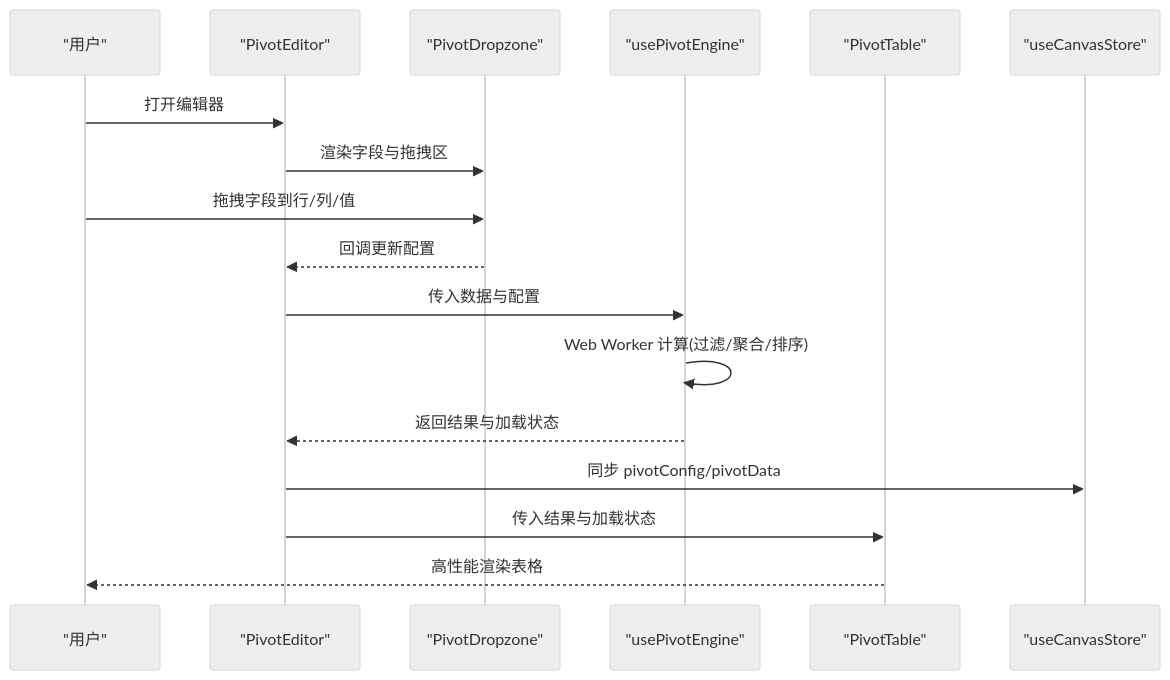
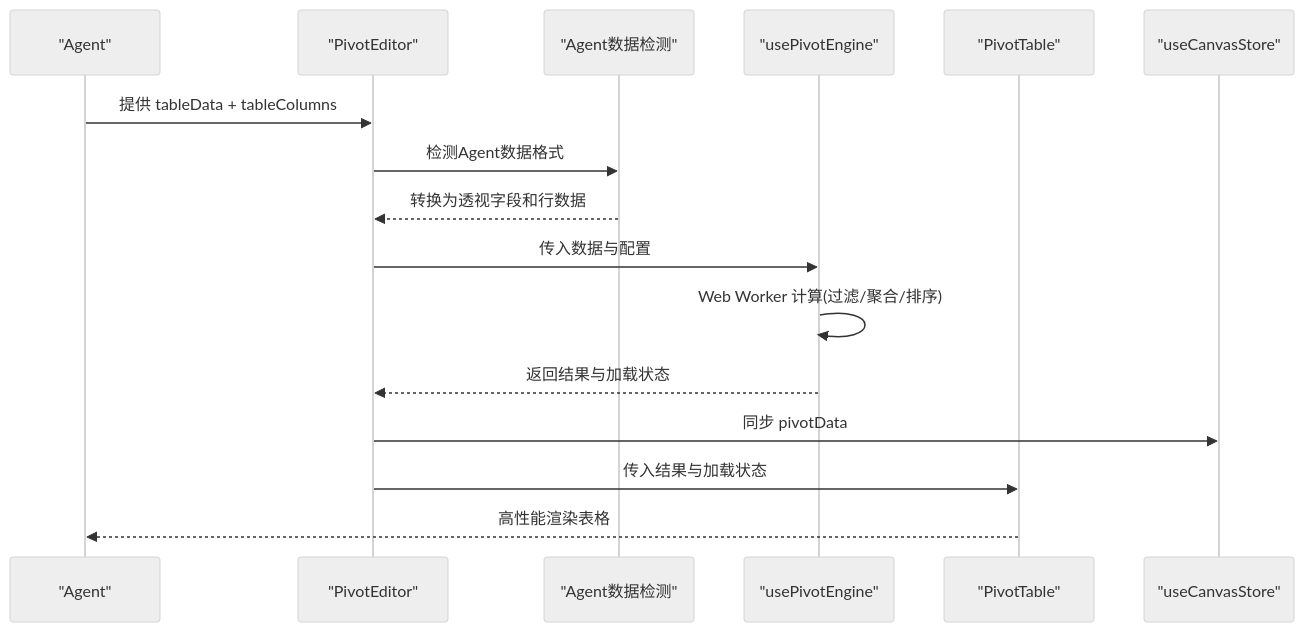
The second of 4 diagrams in .qoder/repowiki/zh/content/前端组件系统/画布编辑器/数据透视系统.md (KunLabAI/KunFlix), drawn with Mermaid (neutral theme) before and after one commit. The commit also changed other lines of this file and 5 other files, not shown here.

````diff
--- a/.qoder/repowiki/zh/content/前端组件系统/画布编辑器/数据透视系统.md
+++ b/.qoder/repowiki/zh/content/前端组件系统/画布编辑器/数据透视系统.md
@@ -96,19 +92,18 @@
 ```mermaid
 sequenceDiagram
-participant U as "用户"
+participant A as "Agent"
 participant PE as "PivotEditor"
-participant PDZ as "PivotDropzone"
+participant ATD as "Agent数据检测"
 participant UPE as "usePivotEngine"
 participant PT as "PivotTable"
 participant CS as "useCanvasStore"
-U->>PE : 打开编辑器
-PE->>PDZ : 渲染字段与拖拽区
-U->>PDZ : 拖拽字段到行/列/值
-PDZ-->>PE : 回调更新配置
+A->>PE : 提供 tableData + tableColumns
+PE->>ATD : 检测Agent数据格式
+ATD-->>PE : 转换为透视字段和行数据
 PE->>UPE : 传入数据与配置
 UPE->>UPE : Web Worker 计算(过滤/聚合/排序)
 UPE-->>PE : 返回结果与加载状态
-PE->>CS : 同步 pivotConfig/pivotData
+PE->>CS : 同步 pivotData
 PE->>PT : 传入结果与加载状态
-PT-->>U : 高性能渲染表格
+PT-->>A : 高性能渲染表格
 ```
````
